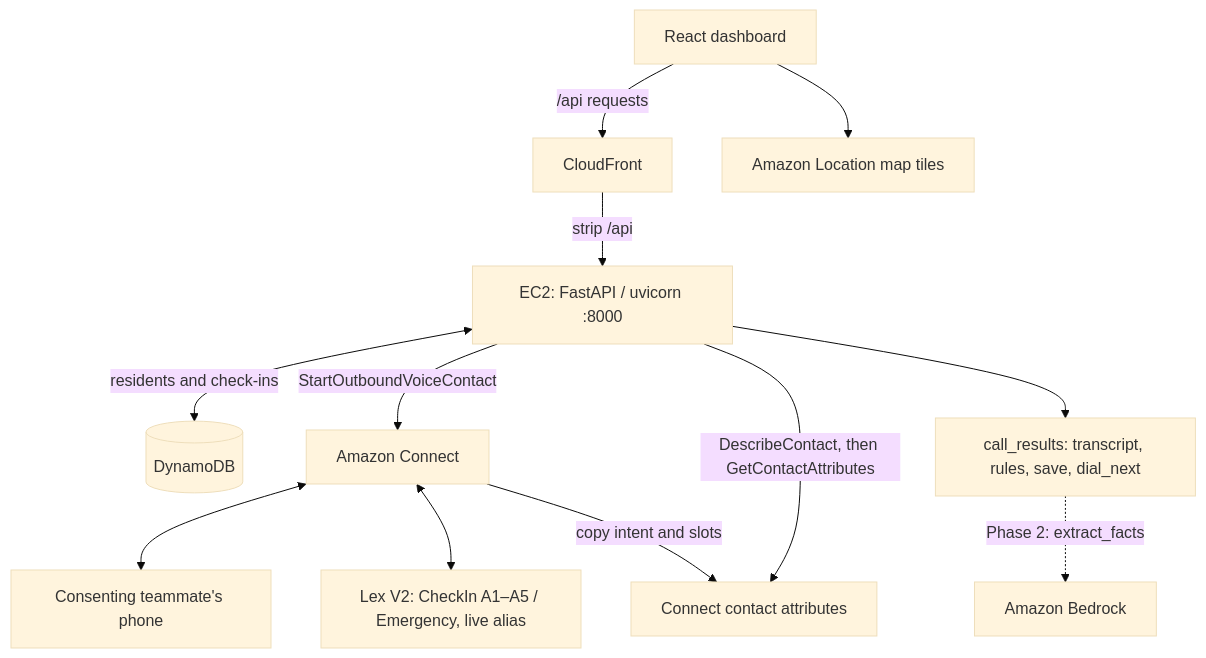
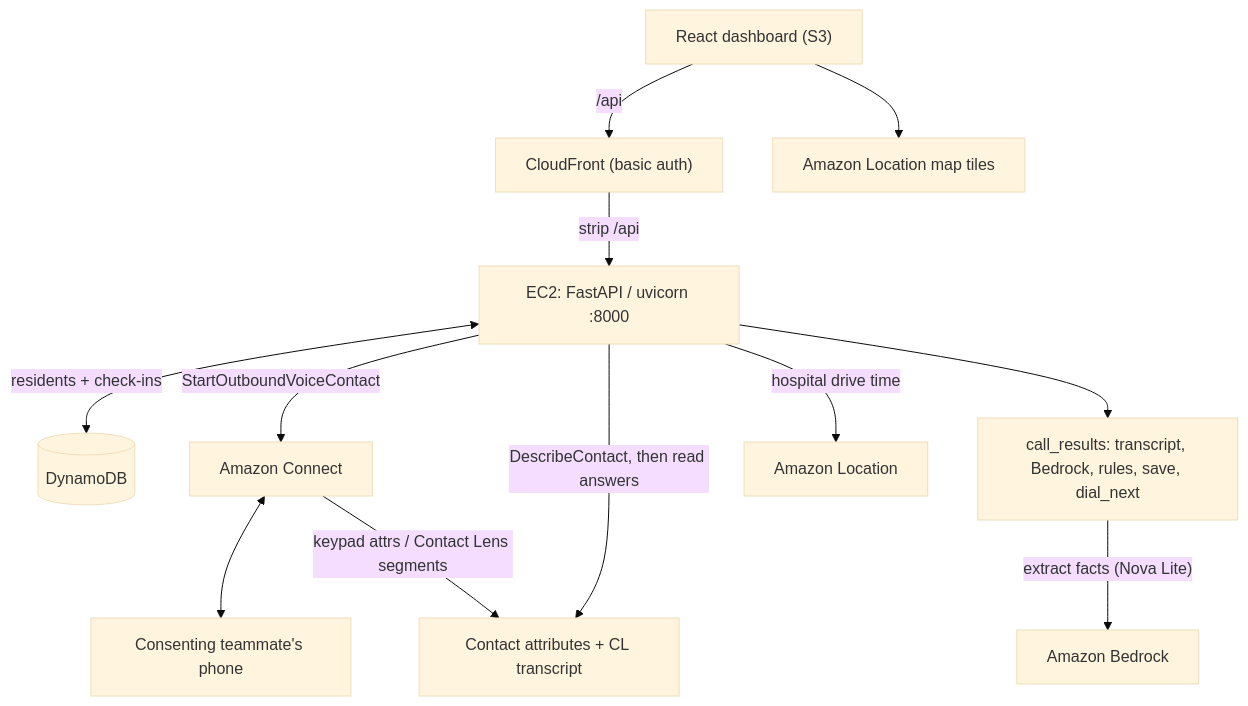
Before and after one commit to kallmekabir/AWS-Track: the diagram in README.md, drawn with Mermaid (base theme). The commit also changed other lines of this file and 26 other files, not shown here.

````diff
--- a/README.md
+++ b/README.md
@@ -360,14 +97,14 @@
 ```mermaid
 flowchart TD
-  dash["React dashboard"] -->|"/api requests"| cf["CloudFront"]
+  dash["React dashboard (S3)"] -->|"/api"| cf["CloudFront (basic auth)"]
   cf -->|"strip /api"| api["EC2: FastAPI / uvicorn :8000"]
-  api <-->|"residents and check-ins"| ddb[("DynamoDB")]
+  api <-->|"residents + check-ins"| ddb[("DynamoDB")]
   api -->|"StartOutboundVoiceContact"| connect["Amazon Connect"]
   connect <--> phone["Consenting teammate's phone"]
-  connect <--> lex["Lex V2: CheckIn A1–A5 / Emergency, live alias"]
-  connect -->|"copy intent and slots"| attrs["Connect contact attributes"]
-  api -->|"DescribeContact, then GetContactAttributes"| attrs
-  api --> results["call_results: transcript, rules, save, dial_next"]
-  results -.->|"Phase 2: extract_facts"| bedrock["Amazon Bedrock"]
+  connect -->|"keypad attrs / Contact Lens segments"| attrs["Contact attributes + CL transcript"]
+  api -->|"DescribeContact, then read answers"| attrs
+  api --> results["call_results: transcript, Bedrock, rules, save, dial_next"]
+  results -->|"extract facts (Nova Lite)"| bedrock["Amazon Bedrock"]
+  api -->|"hospital drive time"| loc["Amazon Location"]
   dash --> maps["Amazon Location map tiles"]
 ```
````
